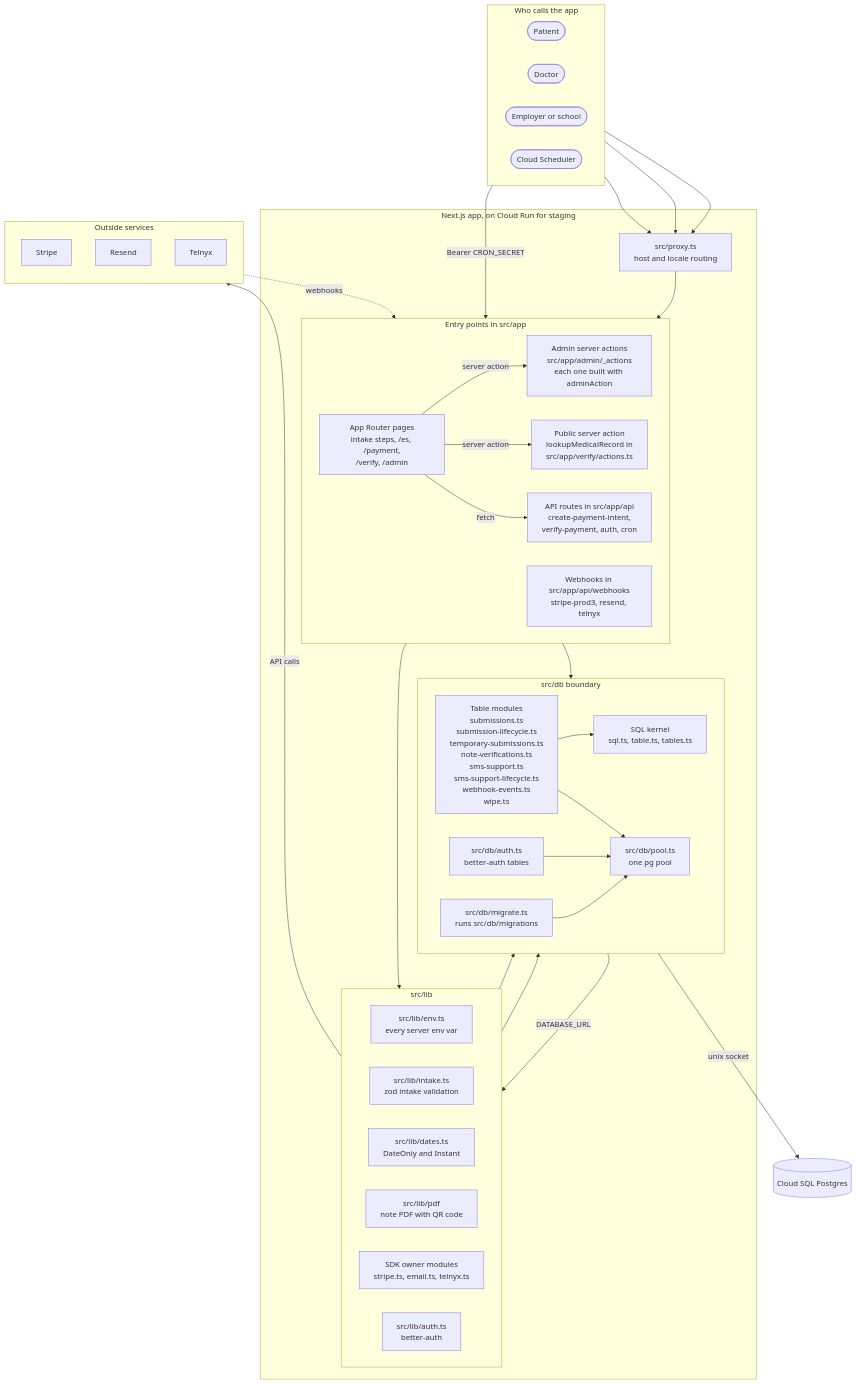
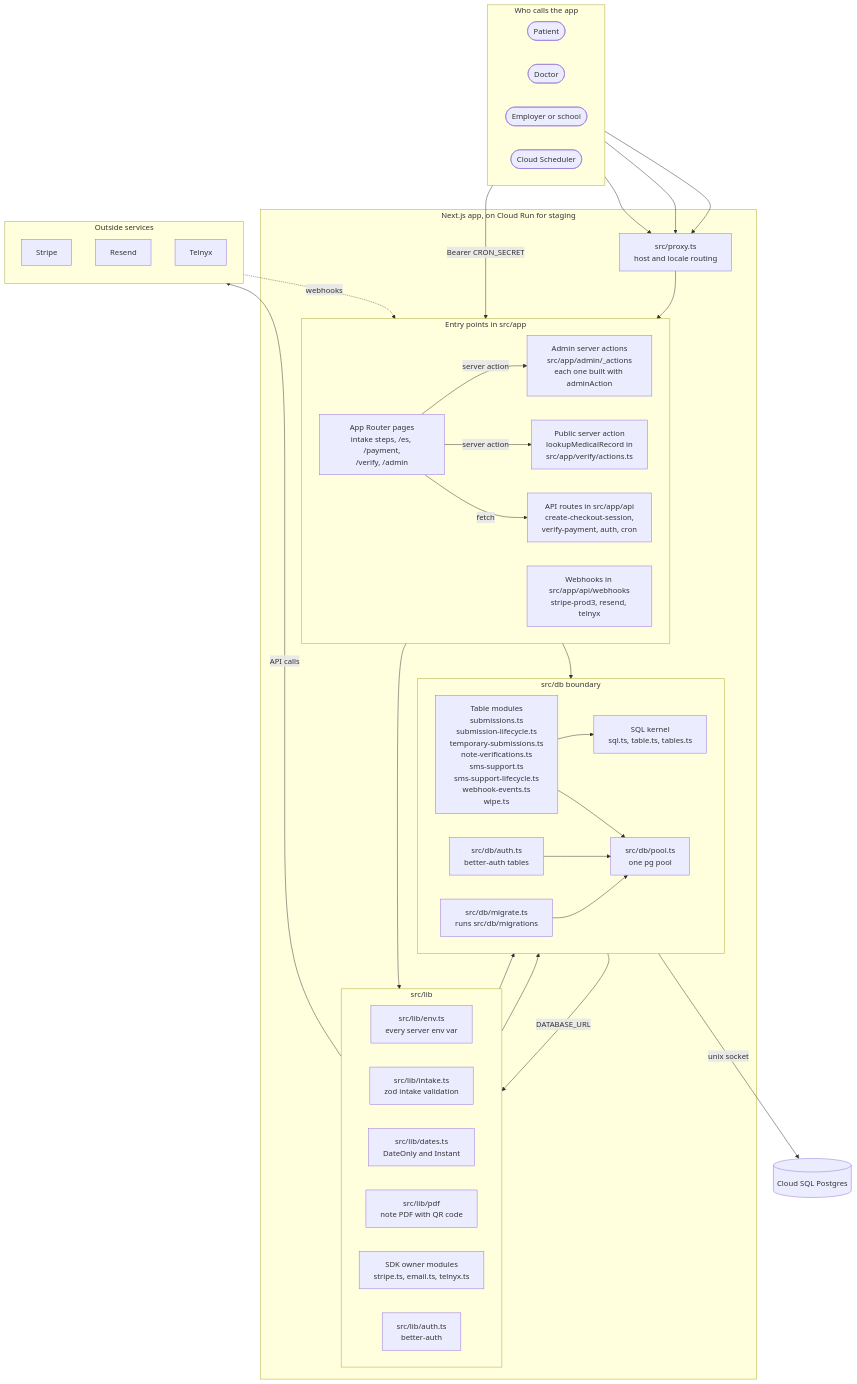
The first of 3 diagrams in README.md (chasef07/odn), drawn with Mermaid before and after one commit. The commit also changed other lines of this file and 24 other files, not shown here.

First line of the commit message:
feat(payment): embed Stripe Checkout on the payment page

````diff
--- a/README.md
+++ b/README.md
@@ -28,75 +28,75 @@
 ```mermaid
 flowchart TB
   subgraph people["Who calls the app"]
     direction LR
     patient(["Patient"])
     doctor(["Doctor"])
     checker(["Employer or school"])
     scheduler(["Cloud Scheduler"])
   end
 
   subgraph cloudrun["Next.js app, on Cloud Run for staging"]
     proxy["src/proxy.ts<br/>host and locale routing"]
 
     subgraph entry["Entry points in src/app"]
       direction LR
       pages["App Router pages<br/>intake steps, /es, /payment,<br/>/verify, /admin"]
       actions["Admin server actions<br/>src/app/admin/_actions<br/>each one built with adminAction"]
       lookup["Public server action<br/>lookupMedicalRecord in<br/>src/app/verify/actions.ts"]
-      routes["API routes in src/app/api<br/>create-payment-intent,<br/>verify-payment, auth, cron"]
+      routes["API routes in src/app/api<br/>create-checkout-session,<br/>verify-payment, auth, cron"]
       webhooks["Webhooks in src/app/api/webhooks<br/>stripe-prod3, resend, telnyx"]
     end
 
     subgraph lib["src/lib"]
       direction LR
       env["src/lib/env.ts<br/>every server env var"]
       intake["src/lib/intake.ts<br/>zod intake validation"]
       dates["src/lib/dates.ts<br/>DateOnly and Instant"]
       pdf["src/lib/pdf<br/>note PDF with QR code"]
       owners["SDK owner modules<br/>stripe.ts, email.ts, telnyx.ts"]
       auth["src/lib/auth.ts<br/>better-auth"]
     end
 
     subgraph db["src/db boundary"]
       direction LR
       modules["Table modules<br/>submissions.ts<br/>submission-lifecycle.ts<br/>temporary-submissions.ts<br/>note-verifications.ts<br/>sms-support.ts<br/>sms-support-lifecycle.ts<br/>webhook-events.ts<br/>wipe.ts"]
       kernel["SQL kernel<br/>sql.ts, table.ts, tables.ts"]
       authdb["src/db/auth.ts<br/>better-auth tables"]
       migrate["src/db/migrate.ts<br/>runs src/db/migrations"]
       pool["src/db/pool.ts<br/>one pg pool"]
     end
   end
 
   subgraph outside["Outside services"]
     direction TB
     stripe["Stripe"]
     resend["Resend"]
     telnyx["Telnyx"]
   end
 
   postgres[("Cloud SQL Postgres")]
 
   patient --> proxy
   doctor --> proxy
   checker --> proxy
   scheduler -->|Bearer CRON_SECRET| routes
   proxy --> pages
   pages -->|server action| actions
   pages -->|server action| lookup
   pages -->|fetch| routes
 
   entry --> lib
   entry --> modules
   lib --> modules
   auth --> authdb
 
   owners -->|API calls| outside
   outside -.->|webhooks| webhooks
 
   modules --> kernel
   modules --> pool
   authdb --> pool
   migrate --> pool
   pool -->|DATABASE_URL| env
   pool -->|unix socket| postgres
 ```
````
